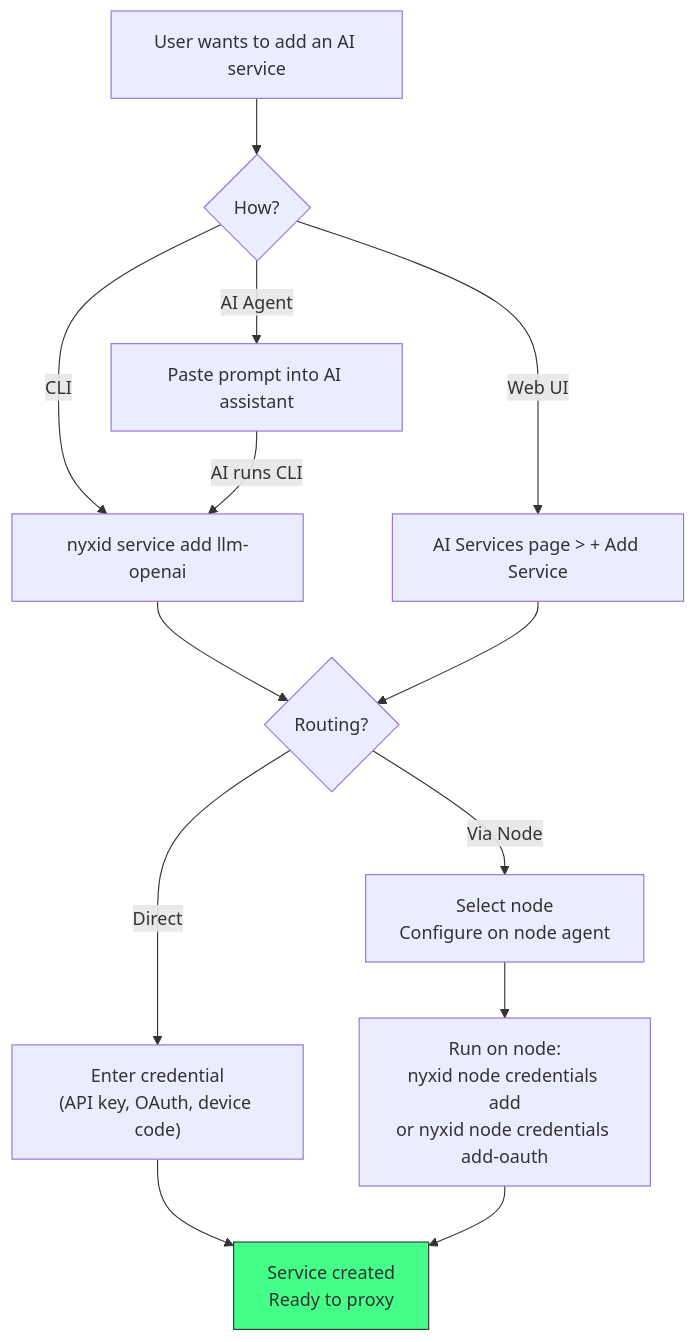
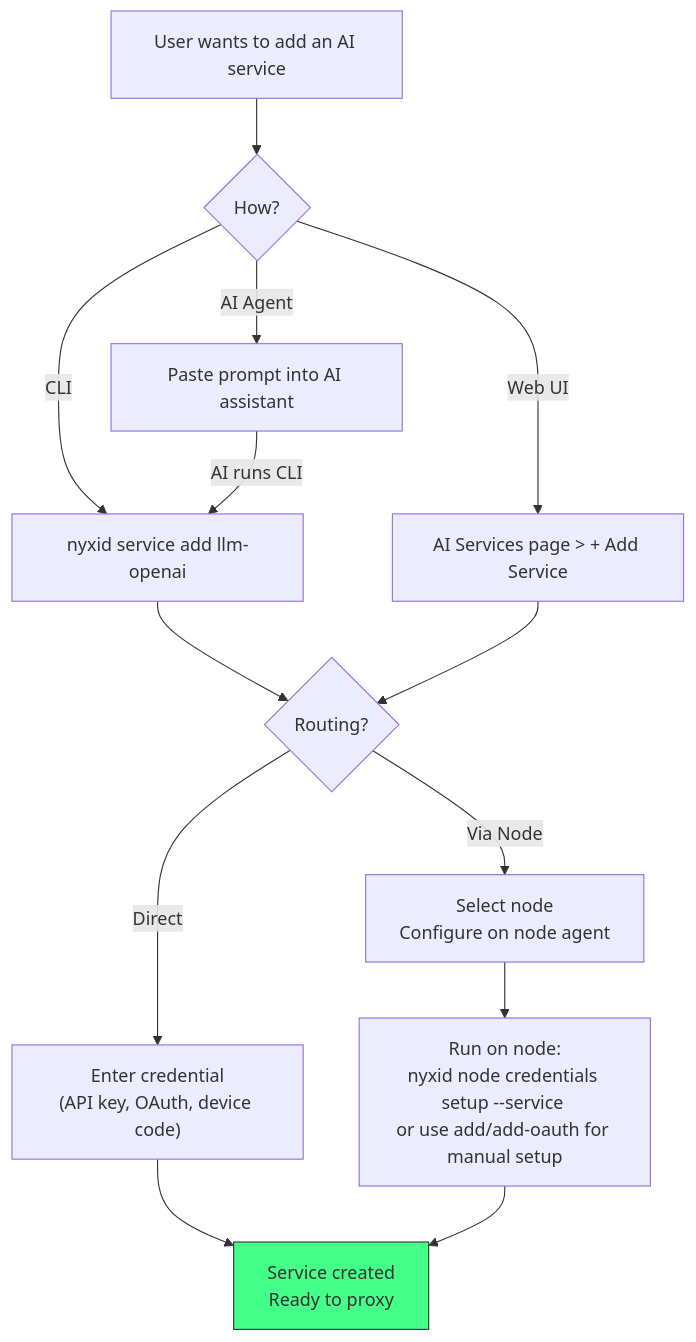
One commit to yonasBSD/NyxID changed the seventh of 7 diagrams in docs/AI_SERVICES_ARCHITECTURE.md. Above: the diagram before and after it, drawn with Mermaid. The commit also changed other lines of this file and 19 other files, not shown here.

First line of the commit message:
fix: node OAuth auth code flow, token refresh, simplified openclaw connect

````diff
--- a/docs/AI_SERVICES_ARCHITECTURE.md
+++ b/docs/AI_SERVICES_ARCHITECTURE.md
@@ -232,22 +233,22 @@
 ```mermaid
 flowchart TD
     START["User wants to add an AI service"]
 
     START --> HOW{"How?"}
     HOW -->|"CLI"| CLI_ADD["nyxid service add llm-openai"]
     HOW -->|"Web UI"| UI_ADD["AI Services page > + Add Service"]
     HOW -->|"AI Agent"| AI_ADD["Paste prompt into AI assistant"]
 
     CLI_ADD --> ROUTE{"Routing?"}
     UI_ADD --> ROUTE
     AI_ADD -->|"AI runs CLI"| CLI_ADD
 
     ROUTE -->|"Direct"| DIRECT["Enter credential<br/>(API key, OAuth, device code)"]
     ROUTE -->|"Via Node"| NODE["Select node<br/>Configure on node agent"]
 
     DIRECT --> DONE["Service created<br/>Ready to proxy"]
-    NODE --> NODE_SETUP["Run on node:<br/>nyxid node credentials add<br/>or nyxid node credentials add-oauth"]
+    NODE --> NODE_SETUP["Run on node:<br/>nyxid node credentials setup --service <slug><br/>or use add/add-oauth for manual setup"]
     NODE_SETUP --> DONE
 
     style DONE fill:#4f8,stroke:#333
 ```
````
